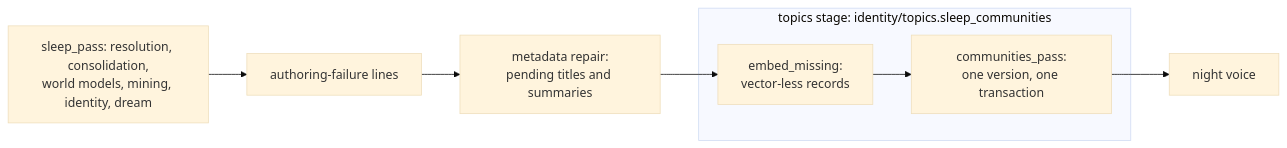
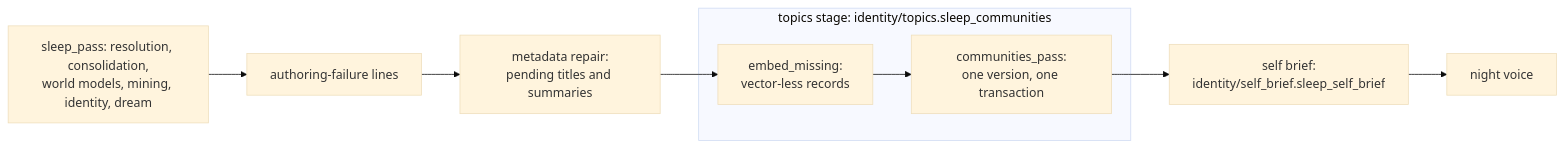
The diagram in docs/entity-topics.md (lpalbou/AbstractRuntime), drawn with Mermaid (base theme) before and after one commit. The commit also changed other lines of this file and 12 other files, not shown here.

````diff
--- a/docs/entity-topics.md
+++ b/docs/entity-topics.md
@@ -19,10 +20,11 @@
 ```mermaid
 flowchart LR
     A["sleep_pass: resolution, consolidation,<br/>world models, mining, identity, dream"] --> B["authoring-failure lines"]
     B --> C["metadata repair:<br/>pending titles and summaries"]
     subgraph T ["topics stage: identity/topics.sleep_communities"]
         D1["embed_missing:<br/>vector-less records"] --> D2["communities_pass:<br/>one version, one transaction"]
     end
     C --> D1
-    D2 --> E["night voice"]
+    D2 --> F["self brief:<br/>identity/self_brief.sleep_self_brief"]
+    F --> E["night voice"]
 ```
````
